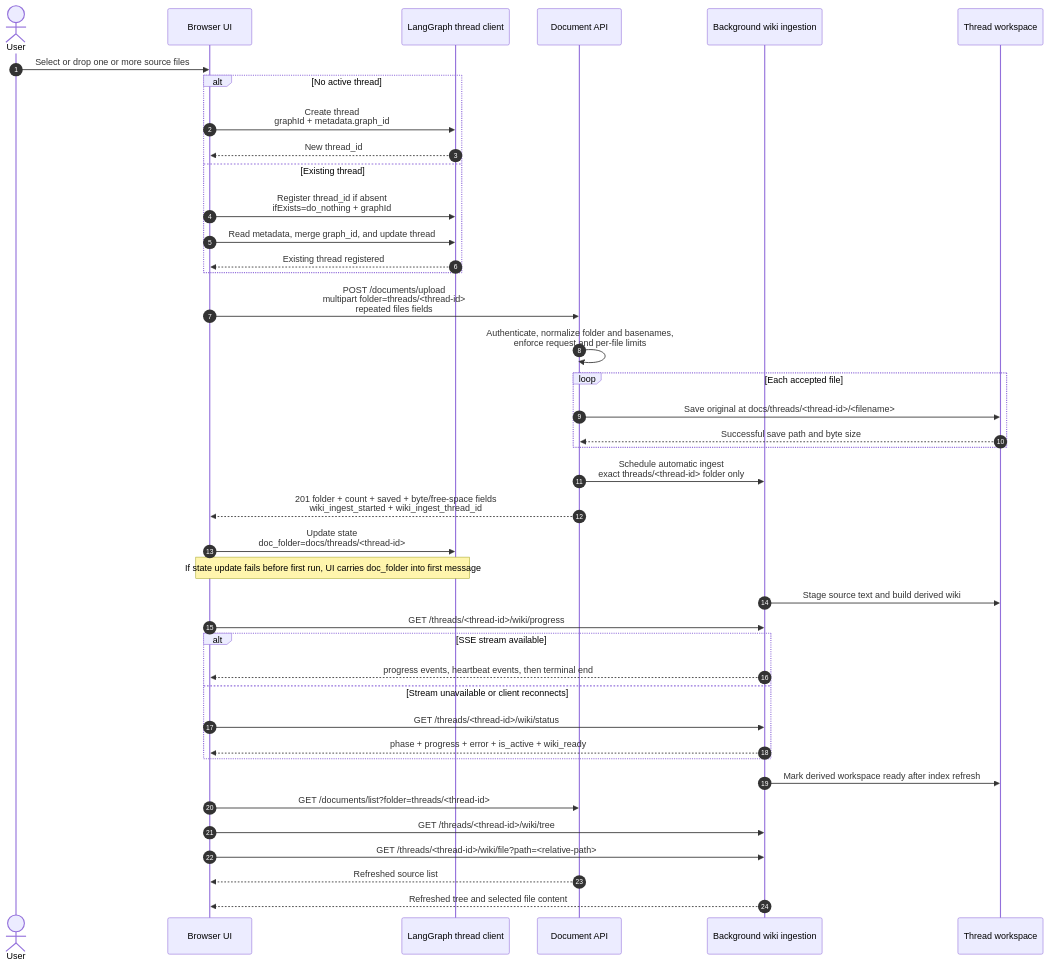
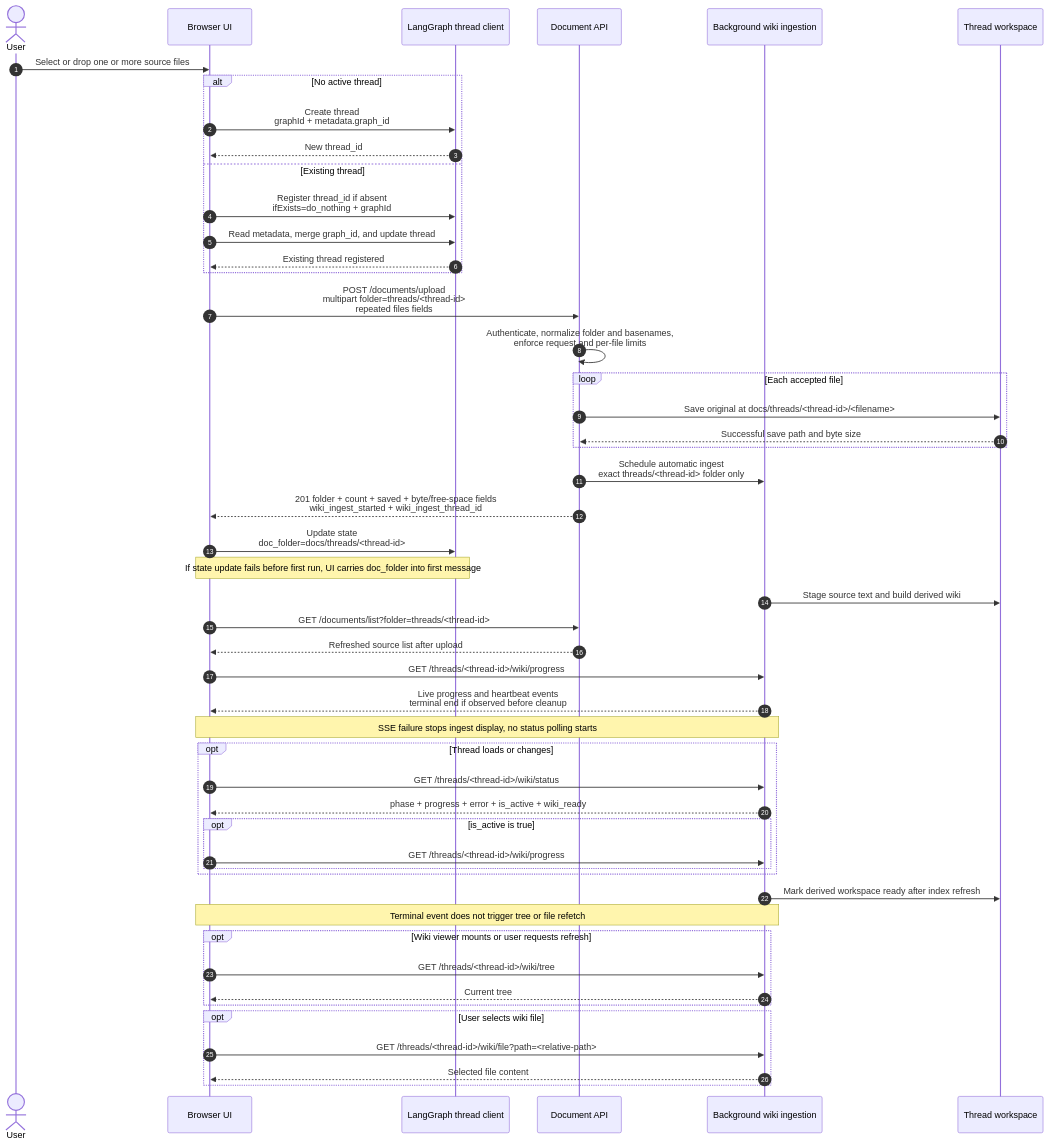
Before and after one commit to jerryshao2012/bmo-deepagent-ui: the first of 2 diagrams in documents/llm-wiki/llm-wiki.md, drawn with Mermaid. The commit also changed other lines of this file, not shown here.

Commit message:
docs: refine LLM Wiki operational guidance

````diff
--- a/documents/llm-wiki/llm-wiki.md
+++ b/documents/llm-wiki/llm-wiki.md
@@ -47,44 +47,53 @@
 ```mermaid
 sequenceDiagram
     autonumber
     actor U as User
     participant UI as Browser UI
     participant LG as LangGraph thread client
     participant DOC as Document API
     participant ING as Background wiki ingestion
     participant WS as Thread workspace
 
     U->>UI: Select or drop one or more source files
     alt No active thread
         UI->>LG: Create thread<br/>graphId + metadata.graph_id
         LG-->>UI: New thread_id
     else Existing thread
         UI->>LG: Register thread_id if absent<br/>ifExists=do_nothing + graphId
         UI->>LG: Read metadata, merge graph_id, and update thread
         LG-->>UI: Existing thread registered
     end
     UI->>DOC: POST /documents/upload<br/>multipart folder=threads/<thread-id><br/>repeated files fields
     DOC->>DOC: Authenticate, normalize folder and basenames,<br/>enforce request and per-file limits
     loop Each accepted file
         DOC->>WS: Save original at docs/threads/<thread-id>/<filename>
         WS-->>DOC: Successful save path and byte size
     end
     DOC->>ING: Schedule automatic ingest<br/>exact threads/<thread-id> folder only
     DOC-->>UI: 201 folder + count + saved + byte/free-space fields<br/>wiki_ingest_started + wiki_ingest_thread_id
     UI->>LG: Update state<br/>doc_folder=docs/threads/<thread-id>
     Note over UI,LG: If state update fails before first run, UI carries doc_folder into first message
     ING->>WS: Stage source text and build derived wiki
+    UI->>DOC: GET /documents/list?folder=threads/<thread-id>
+    DOC-->>UI: Refreshed source list after upload
     UI->>ING: GET /threads/<thread-id>/wiki/progress
-    alt SSE stream available
-        ING-->>UI: progress events, heartbeat events, then terminal end
-    else Stream unavailable or client reconnects
+    ING-->>UI: Live progress and heartbeat events<br/>terminal end if observed before cleanup
+    Note over UI,ING: SSE failure stops ingest display, no status polling starts
+    opt Thread loads or changes
         UI->>ING: GET /threads/<thread-id>/wiki/status
         ING-->>UI: phase + progress + error + is_active + wiki_ready
+        opt is_active is true
+            UI->>ING: GET /threads/<thread-id>/wiki/progress
+        end
     end
     ING->>WS: Mark derived workspace ready after index refresh
-    UI->>DOC: GET /documents/list?folder=threads/<thread-id>
-    UI->>ING: GET /threads/<thread-id>/wiki/tree
-    UI->>ING: GET /threads/<thread-id>/wiki/file?path=<relative-path>
-    DOC-->>UI: Refreshed source list
-    ING-->>UI: Refreshed tree and selected file content
+    Note over UI,ING: Terminal event does not trigger tree or file refetch
+    opt Wiki viewer mounts or user requests refresh
+        UI->>ING: GET /threads/<thread-id>/wiki/tree
+        ING-->>UI: Current tree
+    end
+    opt User selects wiki file
+        UI->>ING: GET /threads/<thread-id>/wiki/file?path=<relative-path>
+        ING-->>UI: Selected file content
+    end
 ```
````
